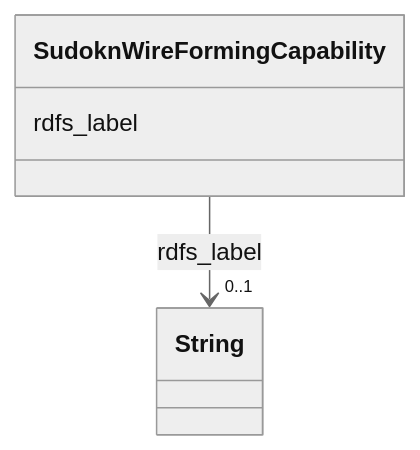
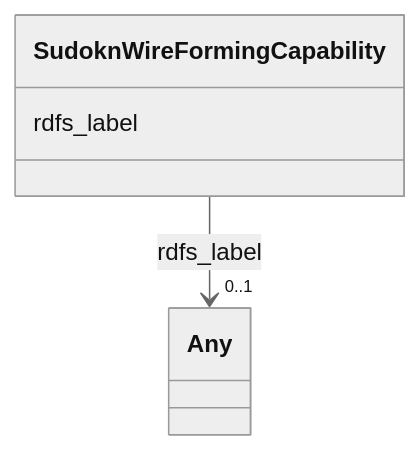
Before and after one commit to frink-okn/graph-descriptions: the diagram in sudokn-kg/classes/SudoknWireFormingCapability.md, drawn with Mermaid (neutral theme). The commit also changed other lines of this file and 903 other files, not shown here.

````diff
--- a/sudokn-kg/classes/SudoknWireFormingCapability.md
+++ b/sudokn-kg/classes/SudoknWireFormingCapability.md
@@ -23,15 +18,15 @@
 ```mermaid
  classDiagram
     class SudoknWireFormingCapability
     click SudoknWireFormingCapability href "../SudoknWireFormingCapability"
       SudoknWireFormingCapability : rdfs_label
         
           
     
     
-    SudoknWireFormingCapability --> "0..1" String : rdfs_label
-    click String href "../String"
+    SudoknWireFormingCapability --> "0..1" Any : rdfs_label
+    click Any href "../Any"
 
         
       
 ```
````
